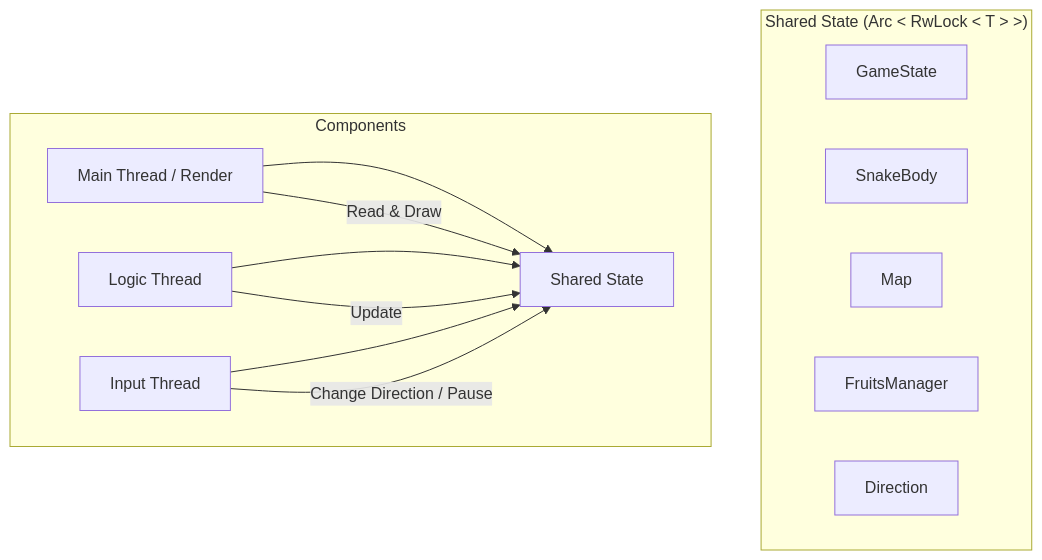
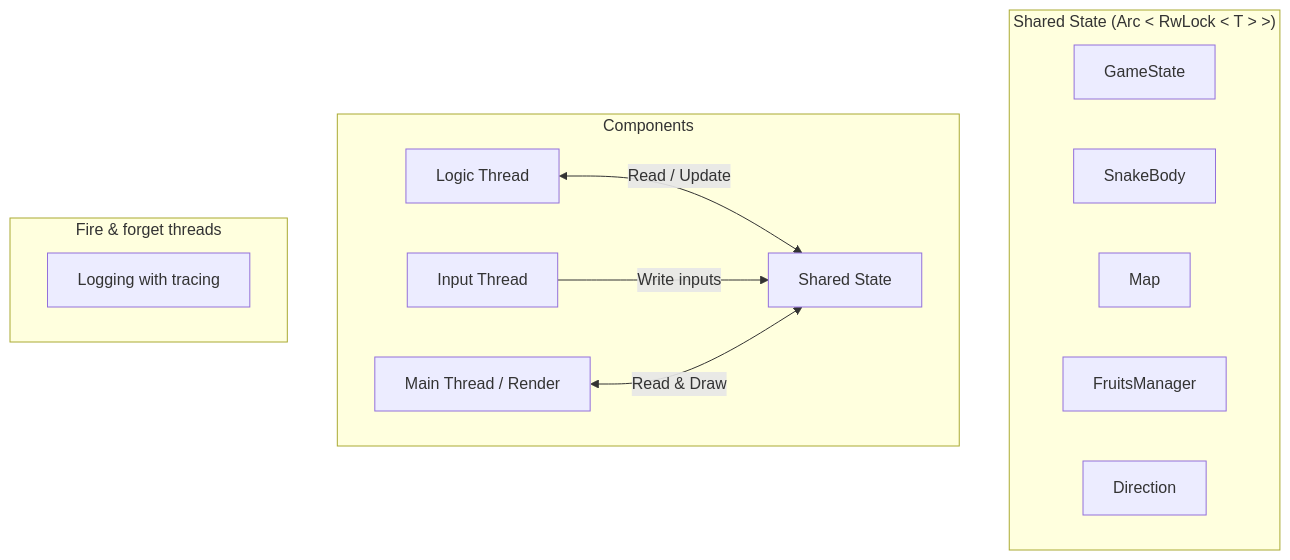
One commit to FromTheRags/rsnake changed the first of 3 diagrams in architecture.md. Above: the diagram before and after it, drawn with Mermaid. The commit also changed other lines of this file and 12 other files, not shown here.

````diff
--- a/architecture.md
+++ b/architecture.md
@@ -11,20 +11,19 @@
 ```mermaid
 graph TD
-    A[Main Thread / Render] --> B[Shared State]
-    C[Logic Thread] --> B
-    D[Input Thread] --> B
-
     subgraph "Shared State (Arc < RwLock < T > >)"
         B1[GameState]
         B2[SnakeBody]
         B3[Map]
         B4[FruitsManager]
         B5[Direction]
     end
 
     subgraph "Components"
-        C -->|Update| B
-        D -->|Change Direction / Pause| B
-        A -->|Read & Draw| B
+        C[Logic Thread] <-->|Read / Update| B[Shared State]
+        D[Input Thread] -->|Write inputs| B
+        A[Main Thread / Render] <-->|Read & Draw| B
+    end
+    subgraph "Fire & forget threads"
+        Z[Logging with tracing]
     end
 ```
````
